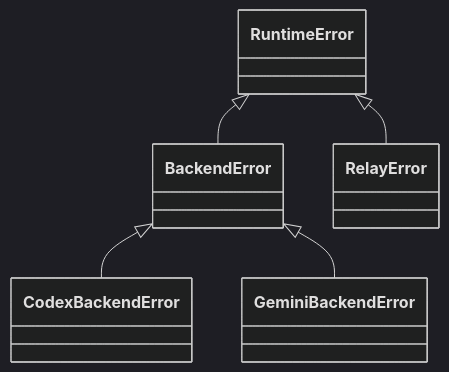
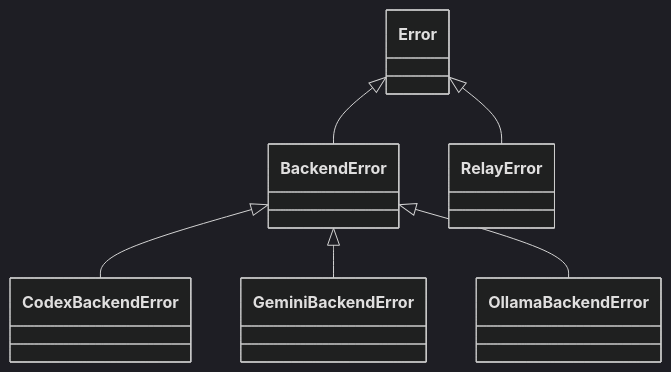
One commit to freibergergarcia/phone-a-friend changed the third of 3 diagrams in architecture/01-relay-core.md. Above: the diagram before and after it, drawn with Mermaid (dark theme). The commit also changed other lines of this file and 81 other files, not shown here.

````diff
--- a/architecture/01-relay-core.md
+++ b/architecture/01-relay-core.md
@@ -113,13 +112,15 @@
 ```mermaid
 classDiagram
-  class RuntimeError
+  class Error
   class BackendError
   class RelayError
   class CodexBackendError
   class GeminiBackendError
+  class OllamaBackendError
 
-  RuntimeError <|-- BackendError
-  RuntimeError <|-- RelayError
+  Error <|-- BackendError
+  Error <|-- RelayError
   BackendError <|-- CodexBackendError
   BackendError <|-- GeminiBackendError
+  BackendError <|-- OllamaBackendError
 ```
````
